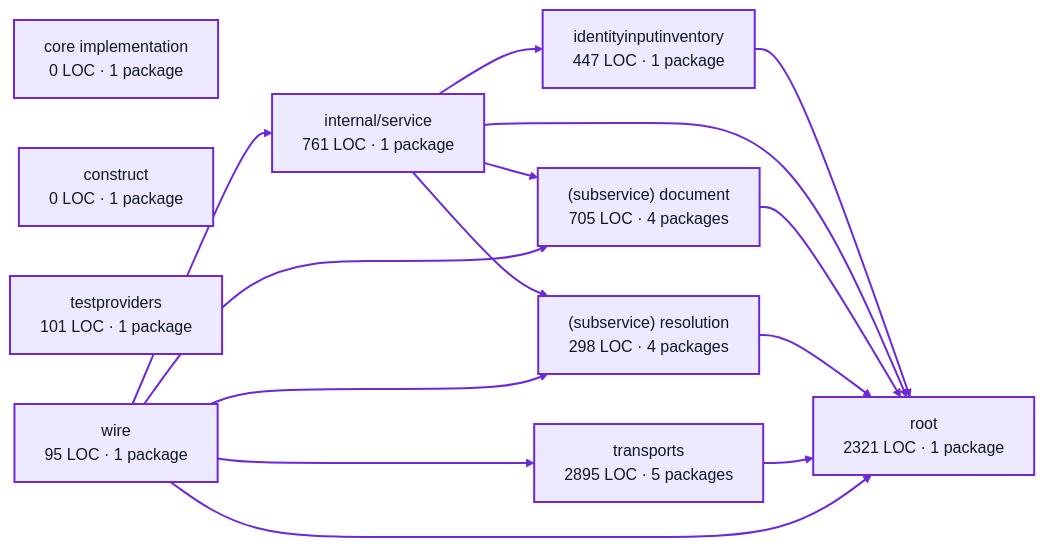
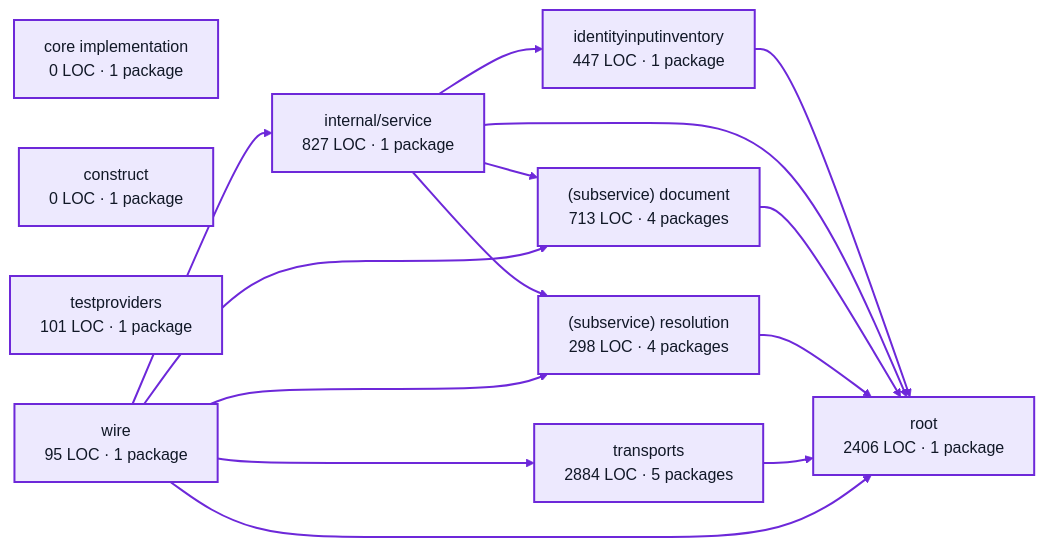
The diagram in docs/architecture/visualizations/services/operator_settings.md (portpowered/you-agent-factory), drawn with Mermaid (base theme) before and after one commit. The commit also changed other lines of this file and 21 other files, not shown here.

Commit message:
docs: refresh backend architecture visualizations

````diff
--- a/docs/architecture/visualizations/services/operator_settings.md
+++ b/docs/architecture/visualizations/services/operator_settings.md
@@ -11,37 +11,37 @@
 ```mermaid
 flowchart LR
   p0["core implementation<br/>0 LOC · 1 package"]
   p1["construct<br/>0 LOC · 1 package"]
   p2["identityinputinventory<br/>447 LOC · 1 package"]
-  p3["internal/service<br/>761 LOC · 1 package"]
-  p4["(subservice) document<br/>705 LOC · 4 packages"]
+  p3["internal/service<br/>827 LOC · 1 package"]
+  p4["(subservice) document<br/>713 LOC · 4 packages"]
   p5["(subservice) resolution<br/>298 LOC · 4 packages"]
   p6["testproviders<br/>101 LOC · 1 package"]
-  p7["root<br/>2321 LOC · 1 package"]
-  p8["transports<br/>2895 LOC · 5 packages"]
+  p7["root<br/>2406 LOC · 1 package"]
+  p8["transports<br/>2884 LOC · 5 packages"]
   p9["wire<br/>95 LOC · 1 package"]
   p2 --> p7
   p3 --> p2
   p3 --> p4
   p3 --> p5
   p3 --> p7
   p4 --> p7
   p5 --> p7
   p8 --> p7
   p9 --> p3
   p9 --> p4
   p9 --> p5
   p9 --> p7
   p9 --> p8
   style p0 fill:#ede9fe,stroke:#6d28d9,stroke-width:2px,color:#111827
   style p1 fill:#ede9fe,stroke:#6d28d9,stroke-width:2px,color:#111827
   style p2 fill:#ede9fe,stroke:#6d28d9,stroke-width:2px,color:#111827
   style p3 fill:#ede9fe,stroke:#6d28d9,stroke-width:2px,color:#111827
   style p4 fill:#ede9fe,stroke:#6d28d9,stroke-width:2px,color:#111827
   style p5 fill:#ede9fe,stroke:#6d28d9,stroke-width:2px,color:#111827
   style p6 fill:#ede9fe,stroke:#6d28d9,stroke-width:2px,color:#111827
   style p7 fill:#ede9fe,stroke:#6d28d9,stroke-width:2px,color:#111827
   style p8 fill:#ede9fe,stroke:#6d28d9,stroke-width:2px,color:#111827
   style p9 fill:#ede9fe,stroke:#6d28d9,stroke-width:2px,color:#111827
   linkStyle default stroke:#6d28d9,stroke-width:2px
 ```
````
